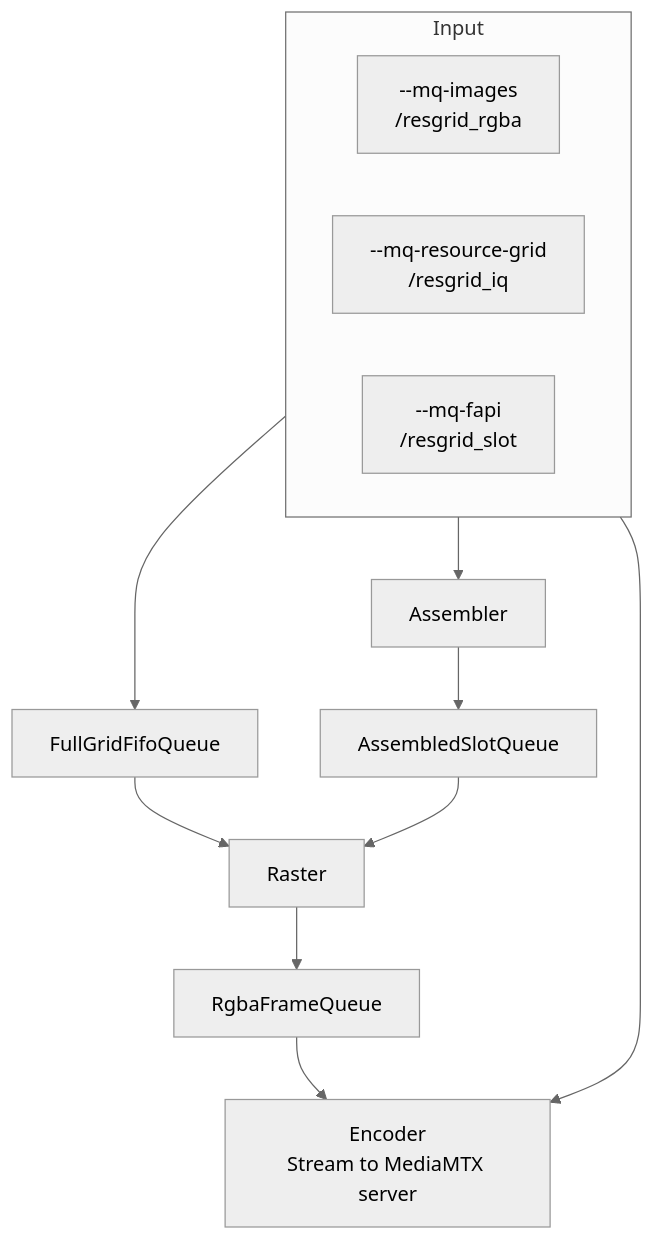
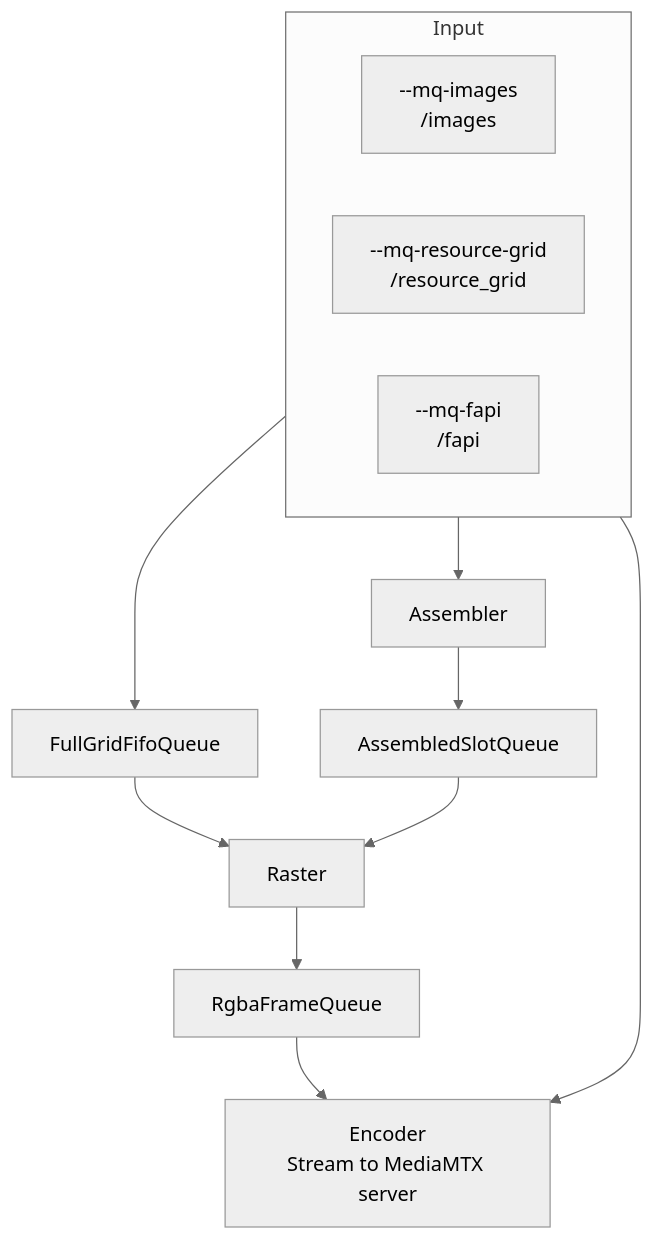
Before and after one commit to tuannv-github/resource-grid-visualizer: the diagram in backend/plotter/readme.md, drawn with Mermaid (neutral theme). The commit also changed other lines of this file and 20 other files, not shown here.

````diff
--- a/backend/plotter/readme.md
+++ b/backend/plotter/readme.md
@@ -50,23 +50,23 @@
 ```mermaid
 flowchart TB
   subgraph inp [Input]
     direction LR
-    MQIMG["--mq-images<br/>/resgrid_rgba"]
-    MQRG["--mq-resource-grid<br/>/resgrid_iq"]
-    MQFAPI["--mq-fapi<br/>/resgrid_slot"]
+    MQIMG["--mq-images<br/>/images"]
+    MQRG["--mq-resource-grid<br/>/resource_grid"]
+    MQFAPI["--mq-fapi<br/>/fapi"]
   end
 
   FGQ["FullGridFifoQueue"]
   SA["Assembler"]
   ASQ["AssembledSlotQueue"]
 
   MQFAPI --> SA --> ASQ
   RAST["Raster"]
   MQRG --> FGQ --> RAST
   ASQ --> RAST
 
   RgbaFrameQueue["RgbaFrameQueue"]
   Encoder["Encoder<br/>Stream to MediaMTX server"]
   RAST --> RgbaFrameQueue --> Encoder
   MQIMG --> Encoder
 ```
````
